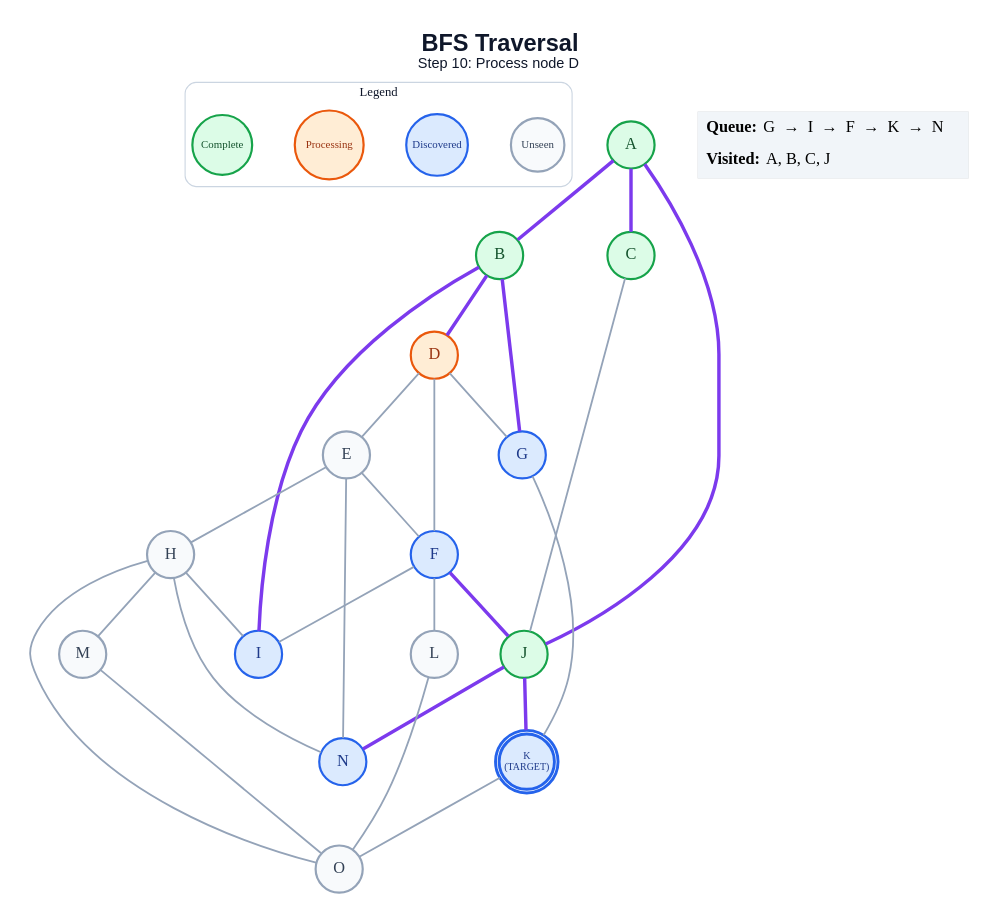
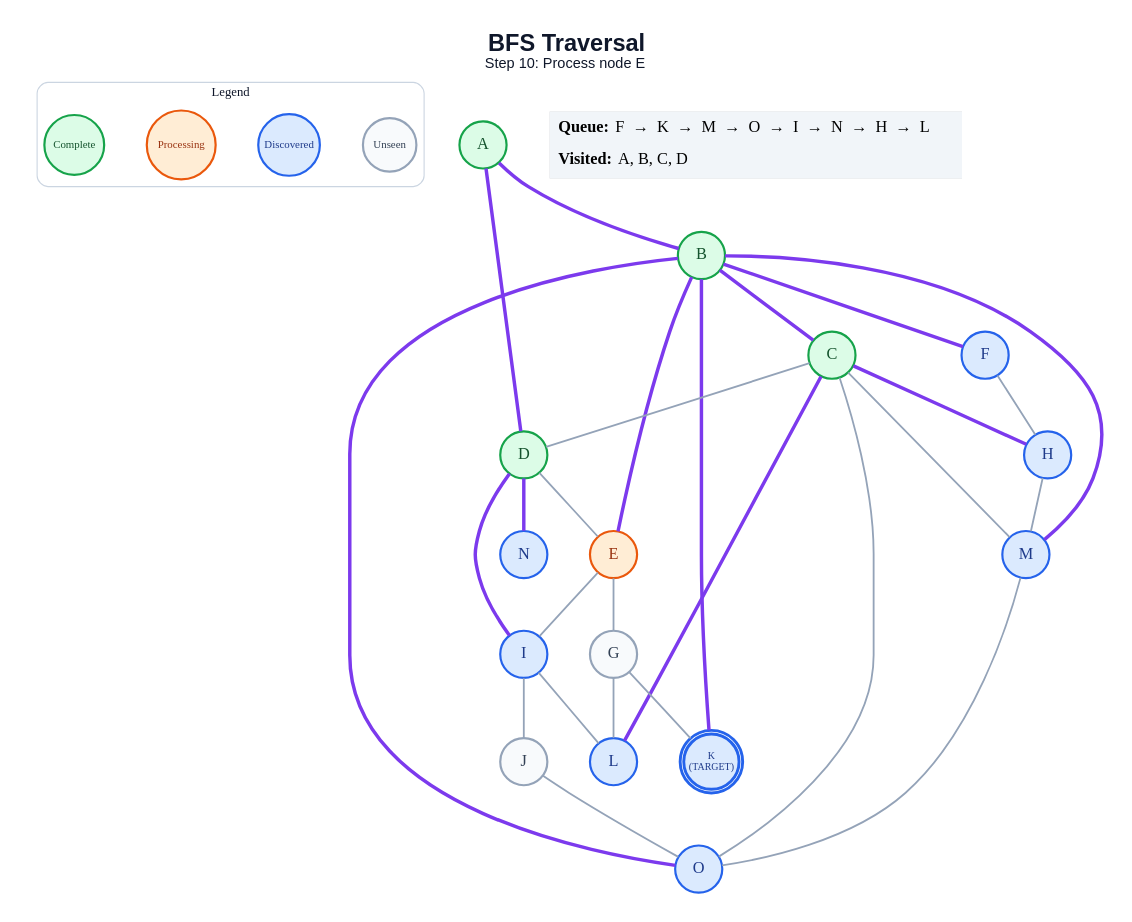
Before and after one commit to anon7238593-create/ai-slop: the diagram in generated/bfs/step_10.dot, drawn with Graphviz. The commit also changed 245 other files, not shown here.

```diff
--- a/generated/bfs/step_10.dot
+++ b/generated/bfs/step_10.dot
@@ -1,60 +1,60 @@
 graph traversal {
   graph [layout=dot, rankdir=TB, bgcolor="#FFFFFF", pad="0.35", nodesep="0.65", ranksep="0.8", fontname="Arial"];
   node [shape=circle, style="filled", fontname="Arial Bold", fontsize=18, width=0.72, fixedsize=true, penwidth=2.4];
   edge [color="#94A3B8", penwidth=2.0];
-  label=<<B>BFS Traversal</B><BR/><FONT POINT-SIZE="16">Step 10: Process node D</FONT>>; labelloc="t"; fontsize=26; fontname="Arial"; fontcolor="#0F172A";
+  label=<<B>BFS Traversal</B><BR/><FONT POINT-SIZE="16">Step 10: Process node E</FONT>>; labelloc="t"; fontsize=26; fontname="Arial"; fontcolor="#0F172A";
   subgraph cluster_legend { label="Legend"; color="#CBD5E1"; penwidth=1.2; style="rounded"; fontsize=14; fontname="Arial Bold";
     key_unseen [label="Unseen", fillcolor="#F8FAFC", color="#94A3B8", fontcolor="#334155", fontsize=12, width=0.82];
     key_frontier [label="Discovered", fillcolor="#DBEAFE", color="#2563EB", fontcolor="#1E3A8A", fontsize=12, width=0.95];
     key_current [label="Processing", fillcolor="#FFEDD5", color="#EA580C", fontcolor="#9A3412", fontsize=12, width=1.05];
     key_done [label="Complete", fillcolor="#DCFCE7", color="#16A34A", fontcolor="#14532D", fontsize=12, width=0.92];
     { rank=same; key_unseen; key_frontier; key_current; key_done; }
   }
   A [label="A", fillcolor="#DCFCE7", color="#16A34A", fontcolor="#14532D", peripheries=1, penwidth=2.4];
   B [label="B", fillcolor="#DCFCE7", color="#16A34A", fontcolor="#14532D", peripheries=1, penwidth=2.4];
   C [label="C", fillcolor="#DCFCE7", color="#16A34A", fontcolor="#14532D", peripheries=1, penwidth=2.4];
-  D [label="D", fillcolor="#FFEDD5", color="#EA580C", fontcolor="#9A3412", peripheries=1, penwidth=2.4];
-  E [label="E", fillcolor="#F8FAFC", color="#94A3B8", fontcolor="#334155", peripheries=1, penwidth=2.4];
+  D [label="D", fillcolor="#DCFCE7", color="#16A34A", fontcolor="#14532D", peripheries=1, penwidth=2.4];
+  E [label="E", fillcolor="#FFEDD5", color="#EA580C", fontcolor="#9A3412", peripheries=1, penwidth=2.4];
   F [label="F", fillcolor="#DBEAFE", color="#2563EB", fontcolor="#1E3A8A", peripheries=1, penwidth=2.4];
-  G [label="G", fillcolor="#DBEAFE", color="#2563EB", fontcolor="#1E3A8A", peripheries=1, penwidth=2.4];
-  H [label="H", fillcolor="#F8FAFC", color="#94A3B8", fontcolor="#334155", peripheries=1, penwidth=2.4];
+  G [label="G", fillcolor="#F8FAFC", color="#94A3B8", fontcolor="#334155", peripheries=1, penwidth=2.4];
+  H [label="H", fillcolor="#DBEAFE", color="#2563EB", fontcolor="#1E3A8A", peripheries=1, penwidth=2.4];
   I [label="I", fillcolor="#DBEAFE", color="#2563EB", fontcolor="#1E3A8A", peripheries=1, penwidth=2.4];
-  J [label="J", fillcolor="#DCFCE7", color="#16A34A", fontcolor="#14532D", peripheries=1, penwidth=2.4];
+  J [label="J", fillcolor="#F8FAFC", color="#94A3B8", fontcolor="#334155", peripheries=1, penwidth=2.4];
   K [label="K\n(TARGET)", fillcolor="#DBEAFE", color="#2563EB", fontcolor="#1E3A8A", peripheries=2, penwidth=3.2, fontsize=11, width=0.85, height=0.85];
-  L [label="L", fillcolor="#F8FAFC", color="#94A3B8", fontcolor="#334155", peripheries=1, penwidth=2.4];
-  M [label="M", fillcolor="#F8FAFC", color="#94A3B8", fontcolor="#334155", peripheries=1, penwidth=2.4];
+  L [label="L", fillcolor="#DBEAFE", color="#2563EB", fontcolor="#1E3A8A", peripheries=1, penwidth=2.4];
+  M [label="M", fillcolor="#DBEAFE", color="#2563EB", fontcolor="#1E3A8A", peripheries=1, penwidth=2.4];
   N [label="N", fillcolor="#DBEAFE", color="#2563EB", fontcolor="#1E3A8A", peripheries=1, penwidth=2.4];
-  O [label="O", fillcolor="#F8FAFC", color="#94A3B8", fontcolor="#334155", peripheries=1, penwidth=2.4];
+  O [label="O", fillcolor="#DBEAFE", color="#2563EB", fontcolor="#1E3A8A", peripheries=1, penwidth=2.4];
   A -- B [color="#7C3AED", penwidth=3.8];
-  A -- C [color="#7C3AED", penwidth=3.8];
-  A -- J [color="#7C3AED", penwidth=3.8];
-  B -- D [color="#7C3AED", penwidth=3.8];
-  B -- G [color="#7C3AED", penwidth=3.8];
-  B -- I [color="#7C3AED", penwidth=3.8];
-  C -- J;
+  A -- D [color="#7C3AED", penwidth=3.8];
+  B -- C [color="#7C3AED", penwidth=3.8];
+  B -- E [color="#7C3AED", penwidth=3.8];
+  B -- F [color="#7C3AED", penwidth=3.8];
+  B -- K [color="#7C3AED", penwidth=3.8];
+  B -- M [color="#7C3AED", penwidth=3.8];
+  B -- O [color="#7C3AED", penwidth=3.8];
+  C -- D;
+  C -- H [color="#7C3AED", penwidth=3.8];
+  C -- L [color="#7C3AED", penwidth=3.8];
+  C -- M;
+  C -- O;
   D -- E;
-  D -- F;
-  D -- G;
-  E -- F;
-  E -- H;
-  E -- N;
-  F -- I;
-  F -- J [color="#7C3AED", penwidth=3.8];
-  F -- L;
+  D -- I [color="#7C3AED", penwidth=3.8];
+  D -- N [color="#7C3AED", penwidth=3.8];
+  E -- G;
+  E -- I;
+  F -- H;
   G -- K;
-  H -- I;
+  G -- L;
   H -- M;
-  H -- N;
-  H -- O;
-  J -- K [color="#7C3AED", penwidth=3.8];
-  J -- N [color="#7C3AED", penwidth=3.8];
-  K -- O;
-  L -- O;
+  I -- J;
+  I -- L;
+  J -- O;
   M -- O;
   status [shape=plain, fixedsize=false, width=0, height=0, margin=0, label=<
     <TABLE BORDER="0" CELLBORDER="0" CELLPADDING="7" BGCOLOR="#F1F5F9">
-      <TR><TD ALIGN="LEFT"><B>Queue:</B> G  →  I  →  F  →  K  →  N</TD></TR>
-      <TR><TD ALIGN="LEFT"><B>Visited:</B> A, B, C, J</TD></TR>
+      <TR><TD ALIGN="LEFT"><B>Queue:</B> F  →  K  →  M  →  O  →  I  →  N  →  H  →  L</TD></TR>
+      <TR><TD ALIGN="LEFT"><B>Visited:</B> A, B, C, D</TD></TR>
     </TABLE>
   >];
 }
```
